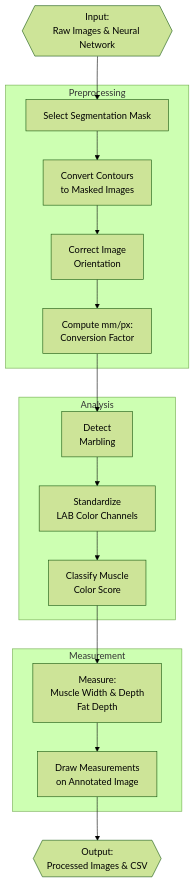
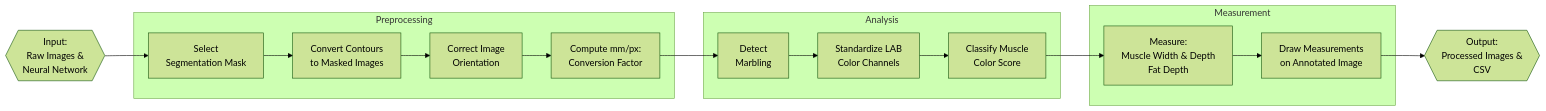
The diagram in README.md (AAFC-Bioinfo-AAC/pork-vision), drawn with Mermaid (forest theme) before and after one commit.

Commit message:
Update flowchart formatting in README.md for improved readability

````diff
--- a/README.md
+++ b/README.md
@@ -77,23 +77,23 @@
 ```mermaid
-flowchart TD
-    A{{Input:<br>Raw Images & Neural Network}} --> B
+flowchart LR
+    A{{Input:<br>Raw Images &<br>Neural Network}} --> B
 
     subgraph Preprocessing
-        B[Select Segmentation Mask] --> C[Convert Contours<br>to Masked Images]
+        B[Select<br>Segmentation Mask] --> C[Convert Contours<br>to Masked Images]
         C --> D[Correct Image<br>Orientation]
         D --> E[Compute mm/px:<br>Conversion Factor]
     end
 
     subgraph Analysis
         E --> F[Detect<br>Marbling]
-        F --> G[Standardize<br>LAB Color Channels]
+        F --> G[Standardize LAB<br>Color Channels]
         G --> H[Classify Muscle<br>Color Score]
     end
 
     subgraph Measurement
         H --> I[Measure:<br>Muscle Width & Depth<br>Fat Depth]
         I --> J[Draw Measurements<br>on Annotated Image]
     end
 
-    J --> K{{Output:<br>Processed Images & CSV}}
+    J --> K{{Output:<br>Processed Images &<br>CSV}}
 ```
````
